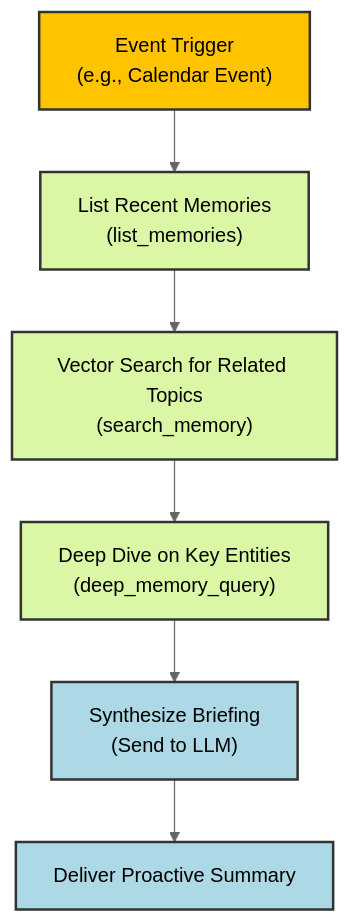
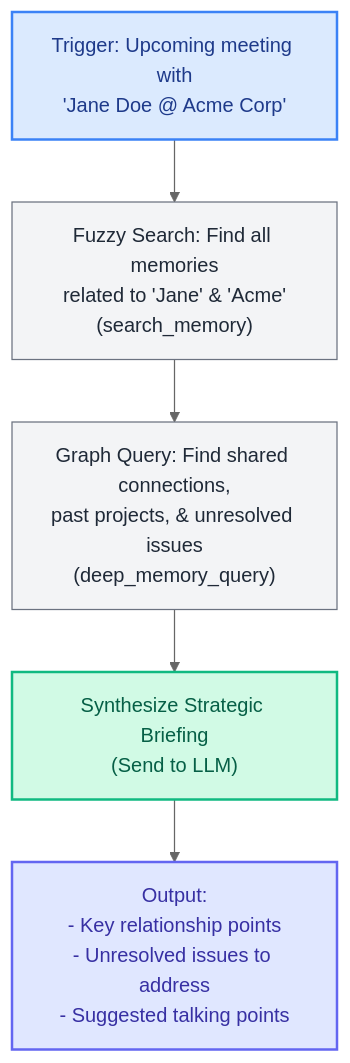
Before and after one commit to jean-technologies/jean-memory: the second of 4 diagrams in openmemory/ui/docs-mintlify/context-engineering.mdx, drawn with Mermaid (neutral theme). The commit also changed other lines of this file, not shown here.

````diff
--- a/openmemory/ui/docs-mintlify/context-engineering.mdx
+++ b/openmemory/ui/docs-mintlify/context-engineering.mdx
@@ -78,16 +80,17 @@
-    ```mermaid
-    graph TD;
-        A["Event Trigger<br/>(e.g., Calendar Event)"] --> B["List Recent Memories<br/>(list_memories)"];
-        B --> C["Vector Search for Related Topics<br/>(search_memory)"];
-        C --> D["Deep Dive on Key Entities<br/>(deep_memory_query)"];
-        D --> E["Synthesize Briefing<br/>(Send to LLM)"];
-        E --> F["Deliver Proactive Summary"];
-
-        classDef trigger fill:#FFC300,stroke:#333,stroke-width:2px;
-        classDef process fill:#DAF7A6,stroke:#333,stroke-width:2px;
-        classDef output fill:#ADD8E6,stroke:#333,stroke-width:2px;
-
-        class A trigger;
-        class B,C,D process;
-        class E,F output;
-    ```
+  ```mermaid
+  graph TD;
+      A["Trigger: Upcoming meeting with<br/>'Jane Doe @ Acme Corp'"] --> B["Fuzzy Search: Find all memories<br/>related to 'Jane' & 'Acme'<br/>(search_memory)"];
+      B --> C["Graph Query: Find shared connections,<br/>past projects, & unresolved issues<br/>(deep_memory_query)"];
+      C --> D["Synthesize Strategic Briefing<br/>(Send to LLM)"];
+      D --> E["Output:<br/>- Key relationship points<br/>- Unresolved issues to address<br/>- Suggested talking points"];
+  
+      classDef trigger fill:#DBEAFE,stroke:#3B82F6,stroke-width:2px,color:#1E3A8A;
+      classDef process fill:#F3F4F6,stroke:#6B7280,stroke-width:1px,color:#1F2937;
+      classDef synthesis fill:#D1FAE5,stroke:#10B981,stroke-width:2px,color:#065F46;
+      classDef output fill:#E0E7FF,stroke:#6366F1,stroke-width:2px,color:#3730A3;
+  
+      class A trigger;
+      class B,C process;
+      class D synthesis;
+      class E output;
+  ```
````
